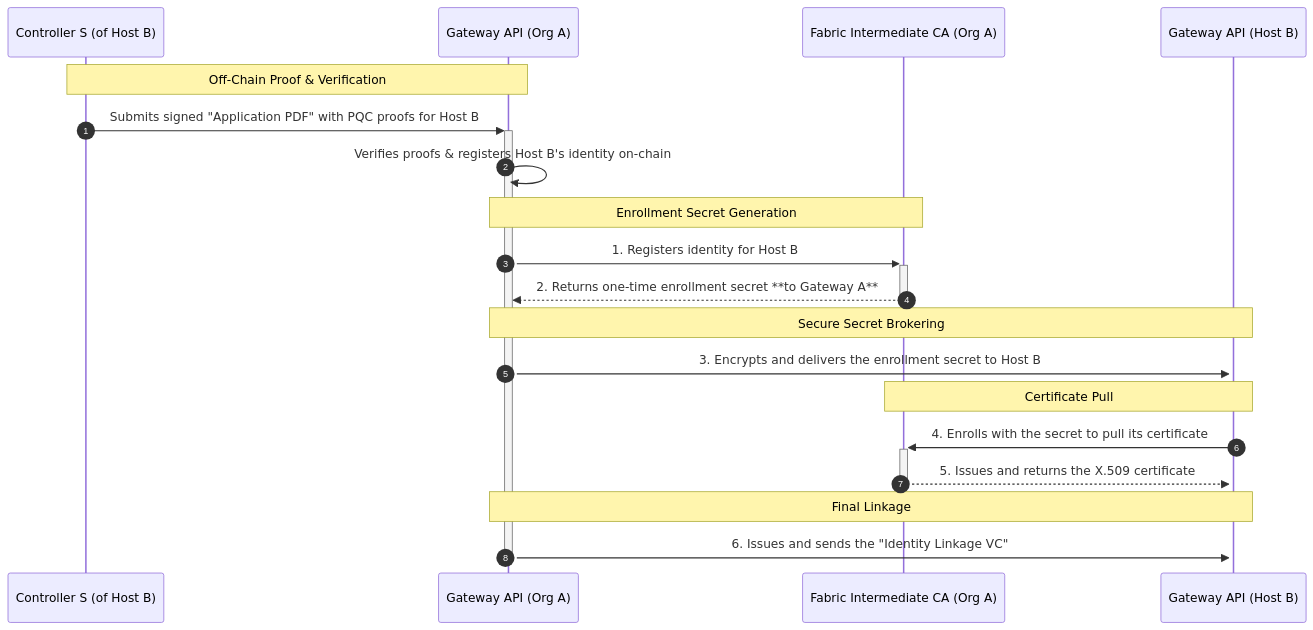
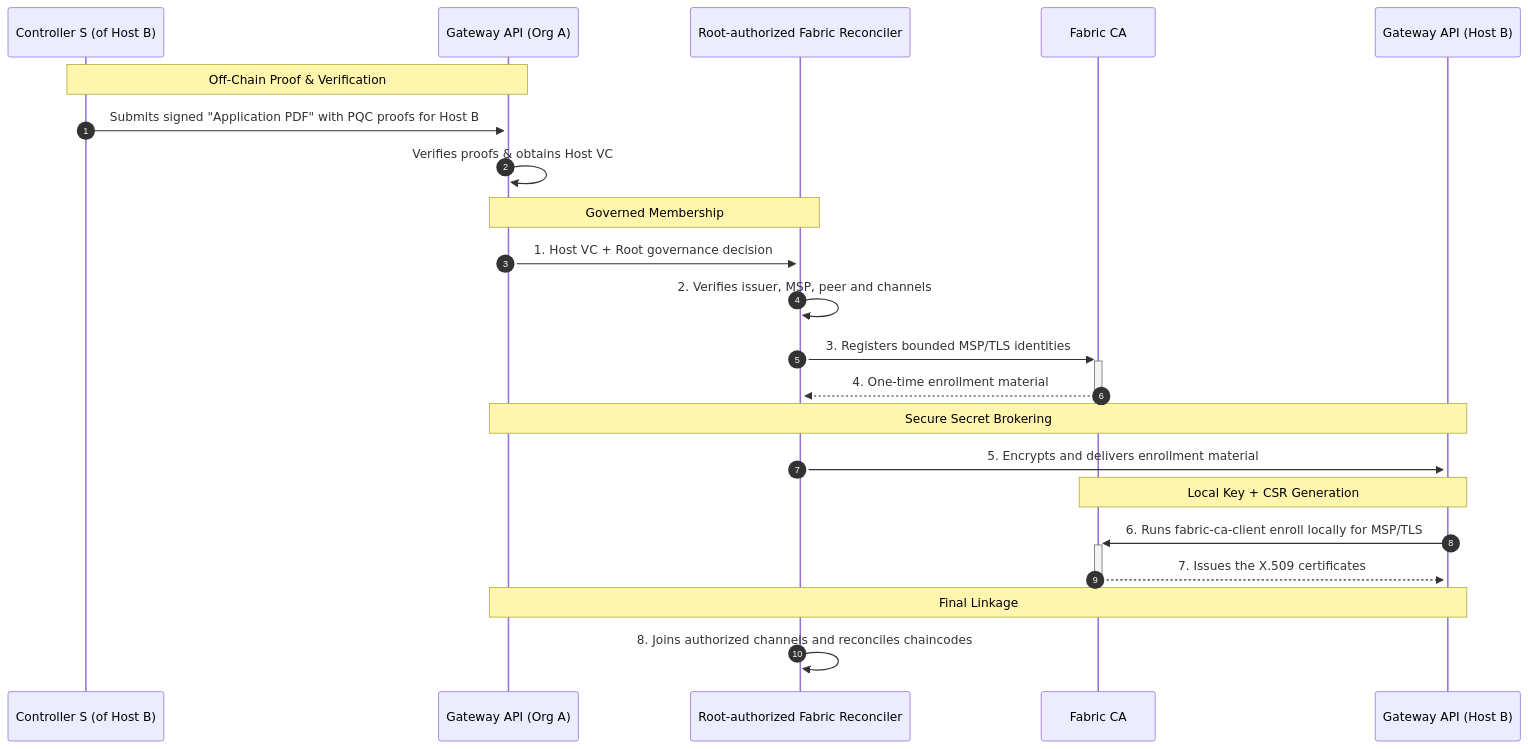
One commit to Global-DataCare/gwtemplate-node-ts changed the second of 3 diagrams in docs/03-IDENTITY-AND-TRUST/03.B-IDENTITY-BOOTSTRAP-GUIDE.md. Above: the diagram before and after it, drawn with Mermaid. The commit also changed 9 other files, not shown here.

Commit message:
fix: remove simulated host Fabric enrollment

````diff
--- a/docs/03-IDENTITY-AND-TRUST/03.B-IDENTITY-BOOTSTRAP-GUIDE.md
+++ b/docs/03-IDENTITY-AND-TRUST/03.B-IDENTITY-BOOTSTRAP-GUIDE.md
@@ -120,26 +120,29 @@
 ```mermaid
 sequenceDiagram
     participant ControllerS as Controller S (of Host B)
     participant GatewayA as Gateway API (Org A)
-    participant Fabric_ICA_A as Fabric Intermediate CA (Org A)
+    participant Reconciler as Root-authorized Fabric Reconciler
+    participant Fabric_CA as Fabric CA
     participant GatewayB as Gateway API (Host B)
 
     autonumber
     Note over ControllerS, GatewayA: Off-Chain Proof & Verification
     ControllerS->>+GatewayA: Submits signed "Application PDF" with PQC proofs for Host B
-    GatewayA->>GatewayA: Verifies proofs & registers Host B's identity on-chain
+    GatewayA->>GatewayA: Verifies proofs & obtains Host VC
 
-    Note over GatewayA, Fabric_ICA_A: Enrollment Secret Generation
-    GatewayA->>+Fabric_ICA_A: 1. Registers identity for Host B
-    Fabric_ICA_A-->>-GatewayA: 2. Returns one-time enrollment secret **to Gateway A**
+    Note over GatewayA, Reconciler: Governed Membership
+    GatewayA->>+Reconciler: 1. Host VC + Root governance decision
+    Reconciler->>Reconciler: 2. Verifies issuer, MSP, peer and channels
+    Reconciler->>+Fabric_CA: 3. Registers bounded MSP/TLS identities
+    Fabric_CA-->>-Reconciler: 4. One-time enrollment material
 
     Note over GatewayA, GatewayB: Secure Secret Brokering
-    GatewayA->>+GatewayB: 3. Encrypts and delivers the enrollment secret to Host B
+    Reconciler->>+GatewayB: 5. Encrypts and delivers enrollment material
     
-    Note over GatewayB, Fabric_ICA_A: Certificate Pull
-    GatewayB->>+Fabric_ICA_A: 4. Enrolls with the secret to pull its certificate
-    Fabric_ICA_A-->>-GatewayB: 5. Issues and returns the X.509 certificate
+    Note over GatewayB, Fabric_CA: Local Key + CSR Generation
+    GatewayB->>+Fabric_CA: 6. Runs fabric-ca-client enroll locally for MSP/TLS
+    Fabric_CA-->>-GatewayB: 7. Issues the X.509 certificates
 
     Note over GatewayA, GatewayB: Final Linkage
-    GatewayA->>-GatewayB: 6. Issues and sends the "Identity Linkage VC"
+    Reconciler->>Reconciler: 8. Joins authorized channels and reconciles chaincodes
 ```
````
